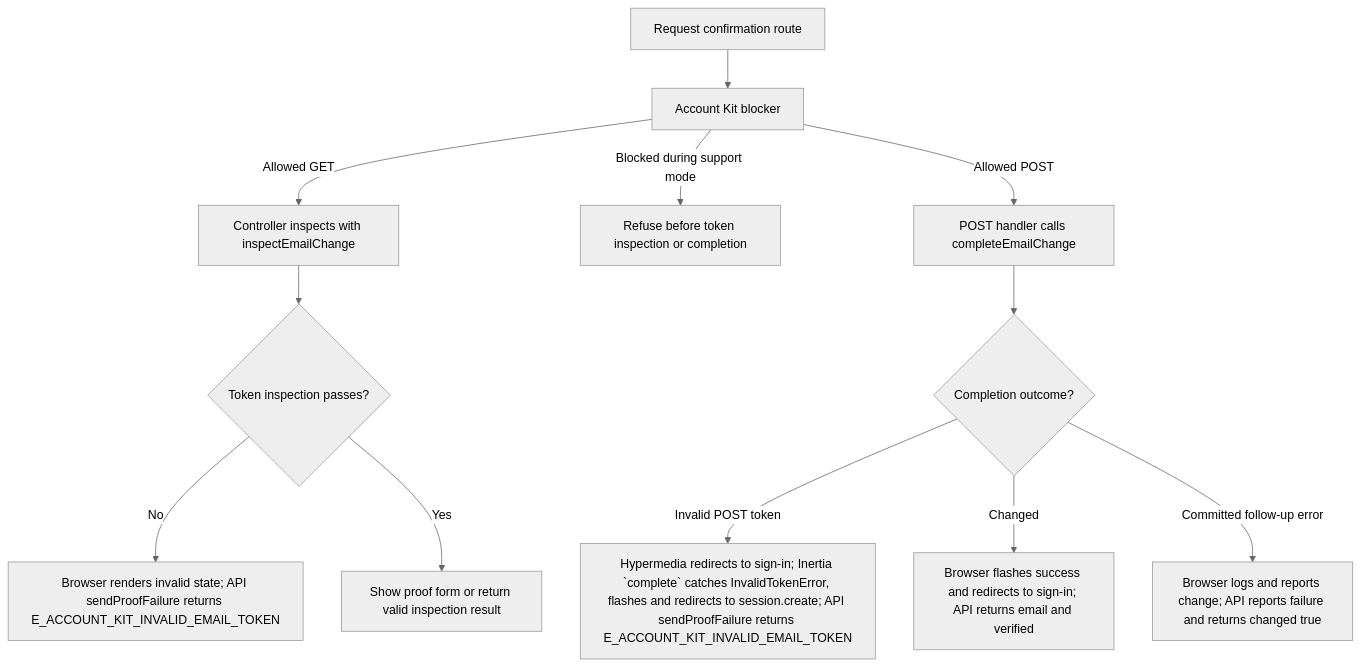
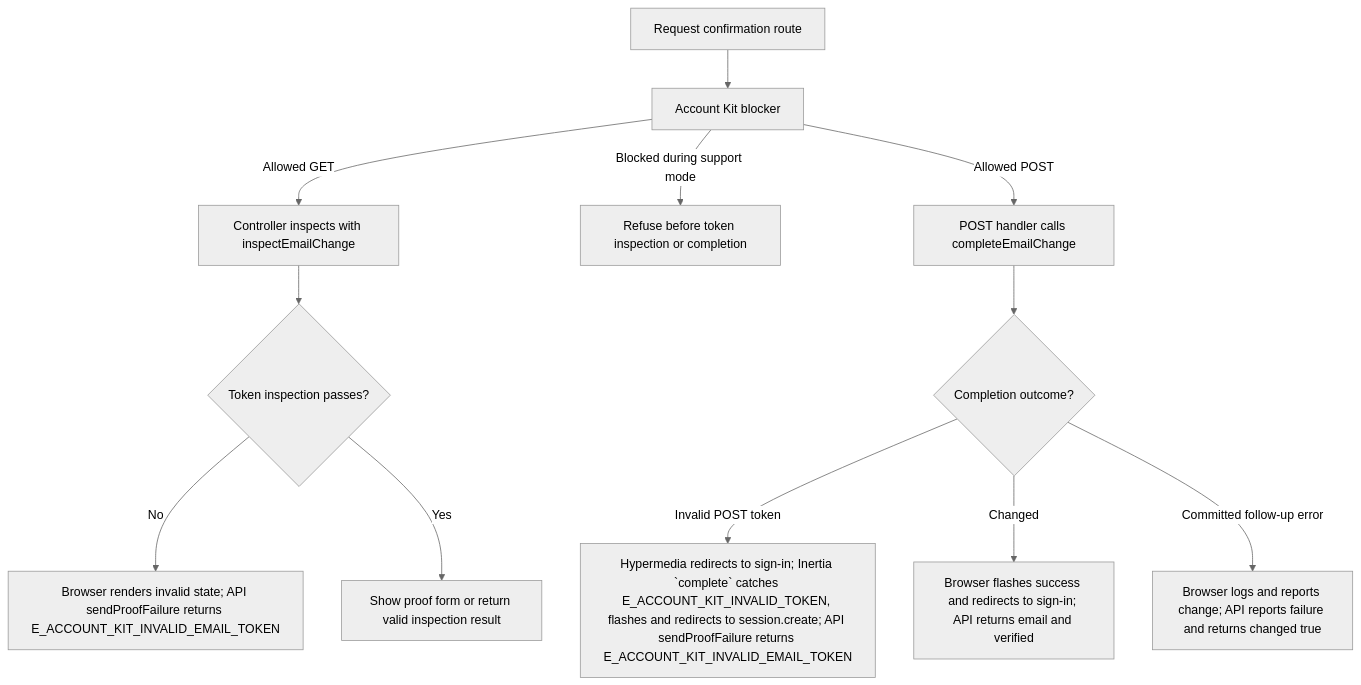
The second of 2 diagrams in user-stories/accounts/us-account-07-confirm-email-change.md (Kevinjohn/oss-adonisjs-starter-examples), drawn with Mermaid (neutral theme) before and after one commit. The commit also changed other lines of this file and 68 other files, not shown here.

````diff
--- a/user-stories/accounts/us-account-07-confirm-email-change.md
+++ b/user-stories/accounts/us-account-07-confirm-email-change.md
@@ -45,14 +45,14 @@
 ```mermaid
 flowchart TD
     A["Request confirmation route"] --> Z["Account Kit blocker"]
     Z -->|Allowed GET| B["Controller inspects with inspectEmailChange"]
     Z -->|Blocked during support mode| Z1["Refuse before token inspection or completion"]
     B --> C{"Token inspection passes?"}
     C -->|No| D["Browser renders invalid state; API sendProofFailure returns E_ACCOUNT_KIT_INVALID_EMAIL_TOKEN"]
     C -->|Yes| V["Show proof form or return valid inspection result"]
     Z -->|Allowed POST| E["POST handler calls completeEmailChange"]
     E --> F{"Completion outcome?"}
-    F -->|Invalid POST token| J["Hypermedia redirects to sign-in; Inertia `complete` catches InvalidTokenError, flashes and redirects to session.create; API sendProofFailure returns E_ACCOUNT_KIT_INVALID_EMAIL_TOKEN"]
+    F -->|Invalid POST token| J["Hypermedia redirects to sign-in; Inertia `complete` catches E_ACCOUNT_KIT_INVALID_TOKEN, flashes and redirects to session.create; API sendProofFailure returns E_ACCOUNT_KIT_INVALID_EMAIL_TOKEN"]
     F -->|Changed| G["Browser flashes success and redirects to sign-in; API returns email and verified"]
     F -->|Committed follow-up error| H["Browser logs and reports change; API reports failure and returns changed true"]
 ```
````
